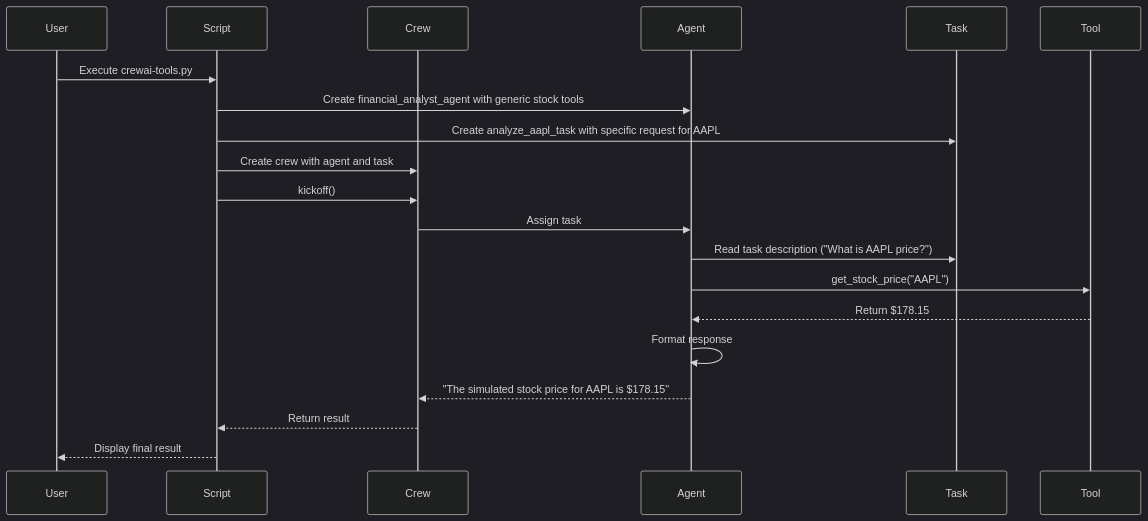
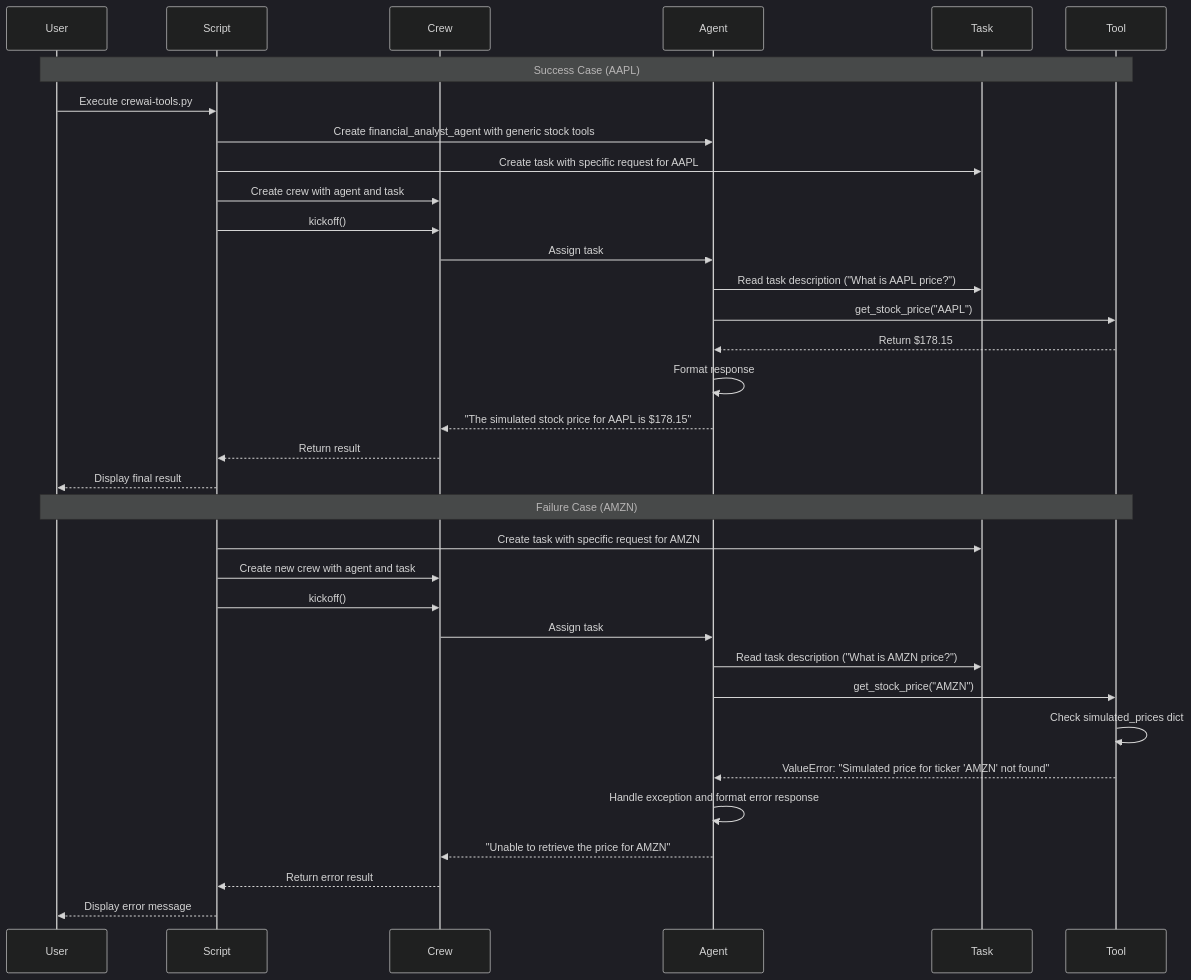
The second of 2 diagrams in 5-tool-use/README.md (dvhthomas/agent-learn), drawn with Mermaid (dark theme) before and after one commit. The commit also changed other lines of this file and 1 other file, not shown here.

Commit message:
Make the script a little more modular and add a ton of docs on what I learned.

````diff
--- a/5-tool-use/README.md
+++ b/5-tool-use/README.md
@@ -105,24 +105,40 @@
 ```mermaid
 sequenceDiagram
     participant User
     participant Script
     participant Crew
     participant Agent
     participant Task
     participant Tool
 
+    Note over User, Tool: Success Case (AAPL)
     User->>Script: Execute crewai-tools.py
     Script->>Agent: Create financial_analyst_agent with generic stock tools
-    Script->>Task: Create analyze_aapl_task with specific request for AAPL
+    Script->>Task: Create task with specific request for AAPL
     Script->>Crew: Create crew with agent and task
     Script->>Crew: kickoff()
-
+    
     Crew->>Agent: Assign task
     Agent->>Task: Read task description ("What is AAPL price?")
     Agent->>Tool: get_stock_price("AAPL")
     Tool-->>Agent: Return $178.15
     Agent->>Agent: Format response
     Agent-->>Crew: "The simulated stock price for AAPL is $178.15"
     Crew-->>Script: Return result
     Script-->>User: Display final result
+
+    Note over User, Tool: Failure Case (AMZN)
+    Script->>Task: Create task with specific request for AMZN
+    Script->>Crew: Create new crew with agent and task
+    Script->>Crew: kickoff()
+    
+    Crew->>Agent: Assign task
+    Agent->>Task: Read task description ("What is AMZN price?")
+    Agent->>Tool: get_stock_price("AMZN")
+    Tool->>Tool: Check simulated_prices dict
+    Tool-->>Agent: ValueError: "Simulated price for ticker 'AMZN' not found"
+    Agent->>Agent: Handle exception and format error response
+    Agent-->>Crew: "Unable to retrieve the price for AMZN"
+    Crew-->>Script: Return error result
+    Script-->>User: Display error message
 ```
````
